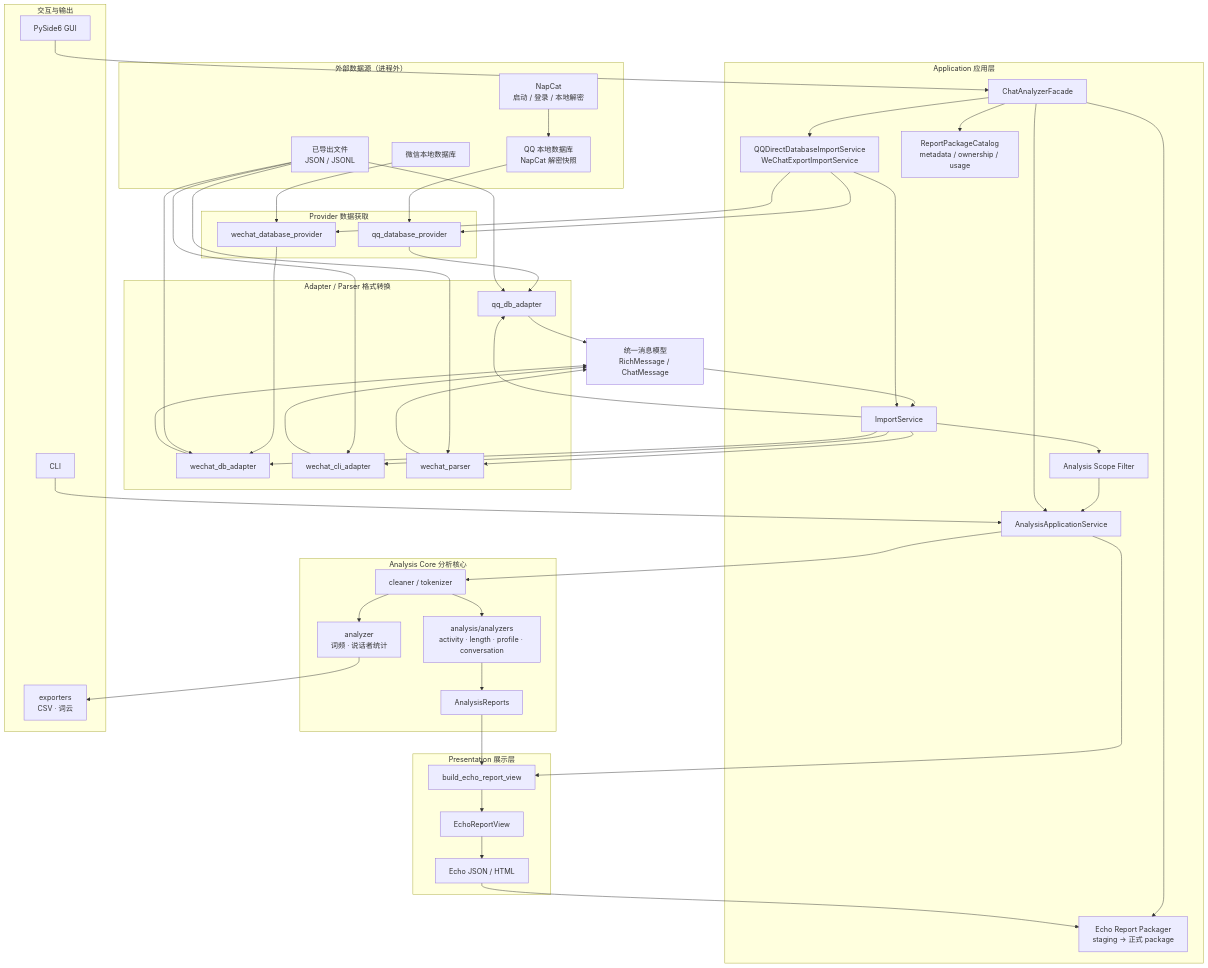
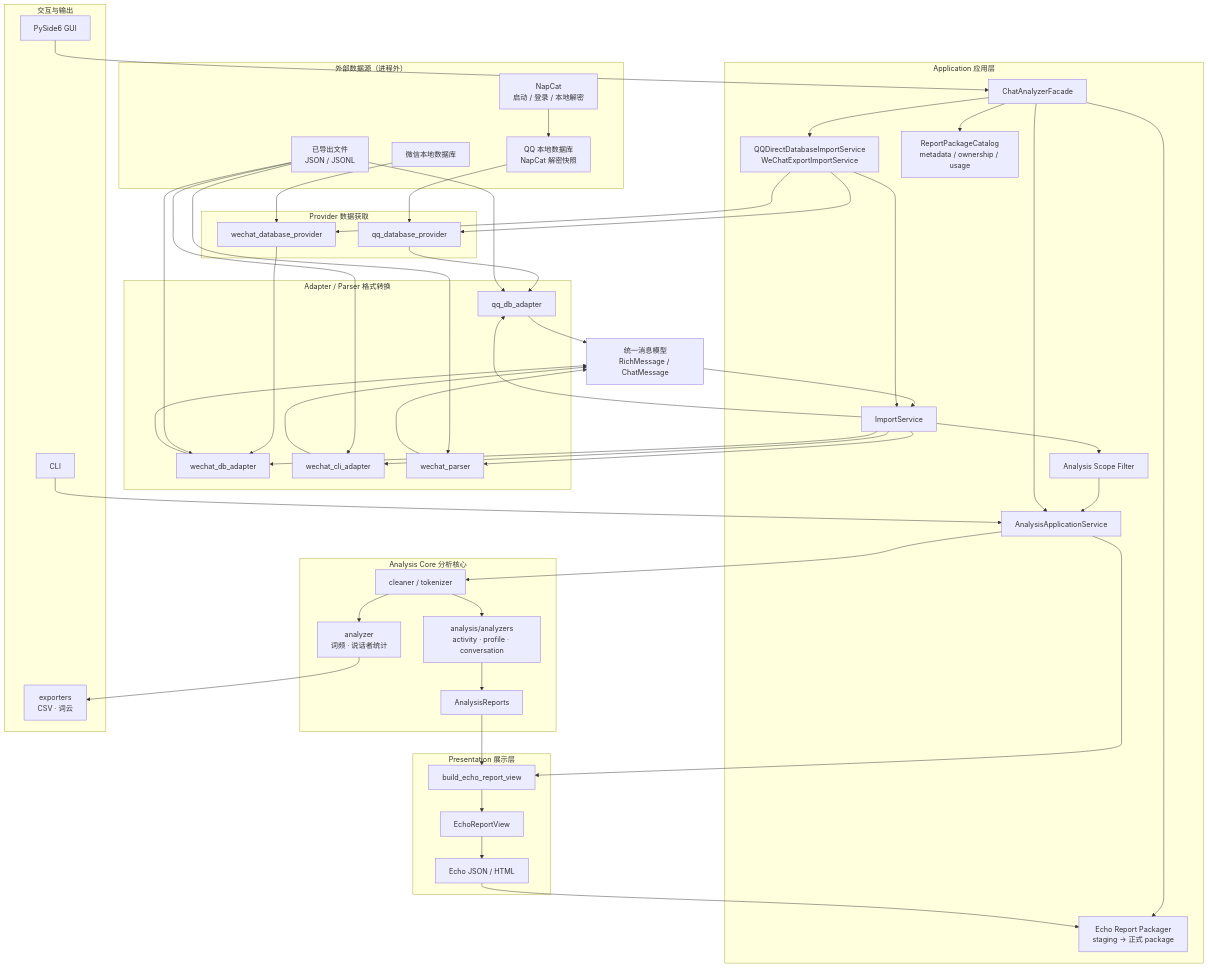
One commit to lindreams/echo-chat-analyzer changed the diagram in ARCHITECTURE.md. Above: the diagram before and after it, drawn with Mermaid. The commit also changed other lines of this file and 29 other files, not shown here.

```diff
--- a/ARCHITECTURE.md
+++ b/ARCHITECTURE.md
@@ -68,7 +68,7 @@
     subgraph CORE["Analysis Core 分析核心"]
         CLEAN["cleaner / tokenizer"]
         LEGACY["analyzer<br/>词频 · 说话者统计"]
-        V2["analysis/analyzers<br/>activity · length · profile · conversation"]
+        V2["analysis/analyzers<br/>activity · profile · conversation"]
         REPORTS["AnalysisReports"]
     end
 
```
